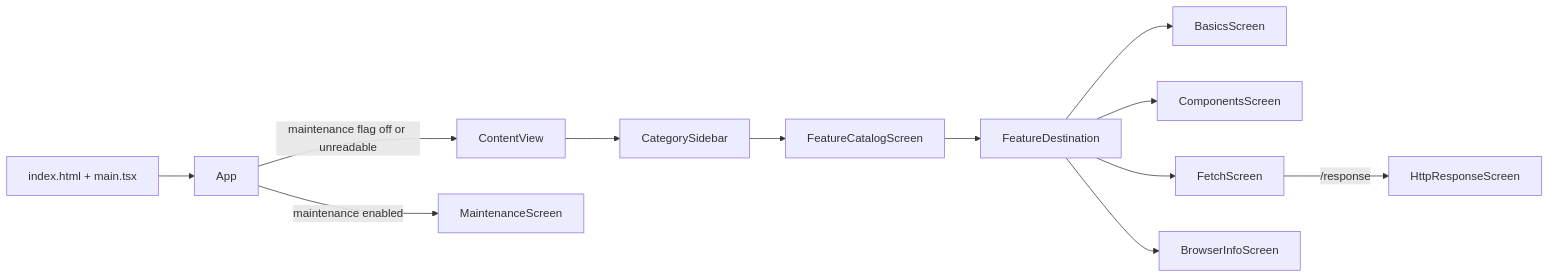
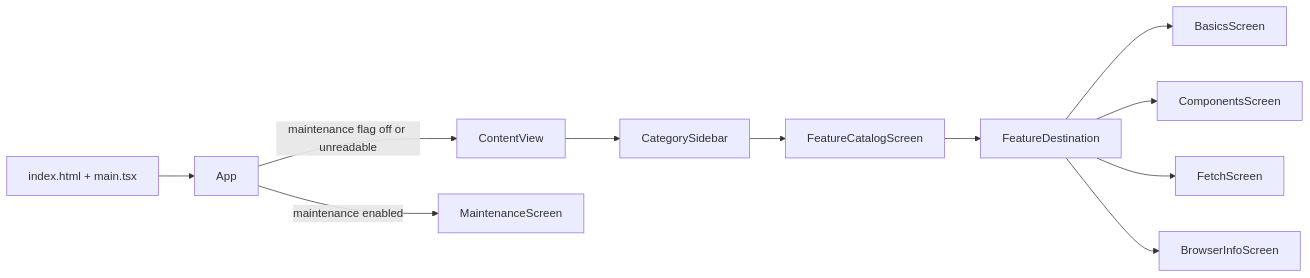
Before and after one commit to gjp-ai/gjp-lab-web-react: the first of 2 diagrams in doc/architecture/application.md, drawn with Mermaid. The commit also changed other lines of this file and 30 other files, not shown here.

````diff
--- a/doc/architecture/application.md
+++ b/doc/architecture/application.md
@@ -11,14 +11,13 @@
 ```mermaid
 flowchart LR
     Load[index.html + main.tsx] --> App
     App -->|maintenance flag off or unreadable| Content[ContentView]
     App -->|maintenance enabled| Maintenance[MaintenanceScreen]
     Content --> Sidebar[CategorySidebar]
     Sidebar --> Catalog[FeatureCatalogScreen]
     Catalog --> Destination[FeatureDestination]
     Destination --> Basics[BasicsScreen]
     Destination --> Components[ComponentsScreen]
     Destination --> Fetch[FetchScreen]
     Destination --> Browser[BrowserInfoScreen]
-    Fetch -->|/response| Response[HttpResponseScreen]
 ```
````
